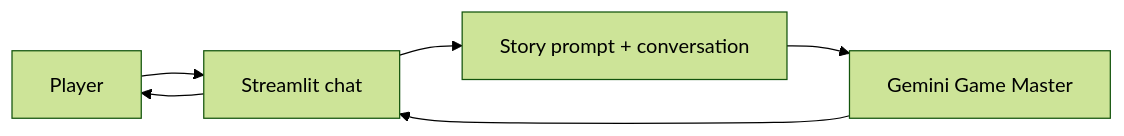
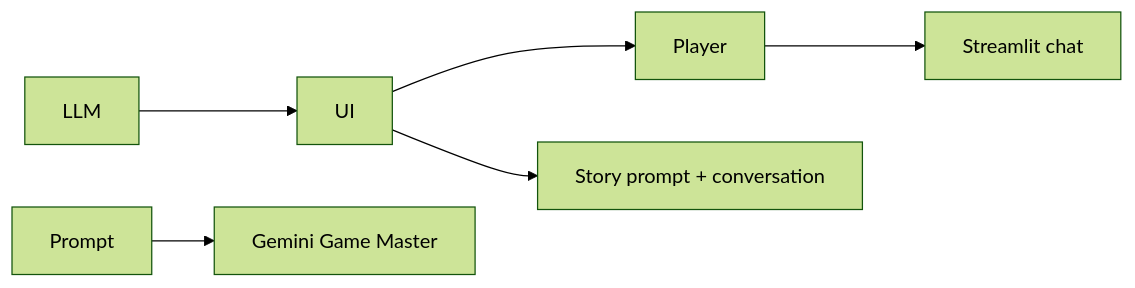
One commit to VaishnavVinod/AI-Escape-Room changed the first of 2 diagrams in README.md. Above: the diagram before and after it, drawn with Mermaid (forest theme). The commit also changed other lines of this file, not shown here.

````diff
--- a/README.md
+++ b/README.md
@@ -18,8 +18,8 @@
 ```mermaid
 flowchart LR
-    Player --> UI[Streamlit chat]
-    UI --> Prompt[Story prompt + conversation]
-    Prompt --> LLM[Gemini Game Master]
+    Player --> UI\[Streamlit chat]
+    UI --> Prompt\[Story prompt + conversation]
+    Prompt --> LLM\[Gemini Game Master]
     LLM --> UI
     UI --> Player
 ```
````
